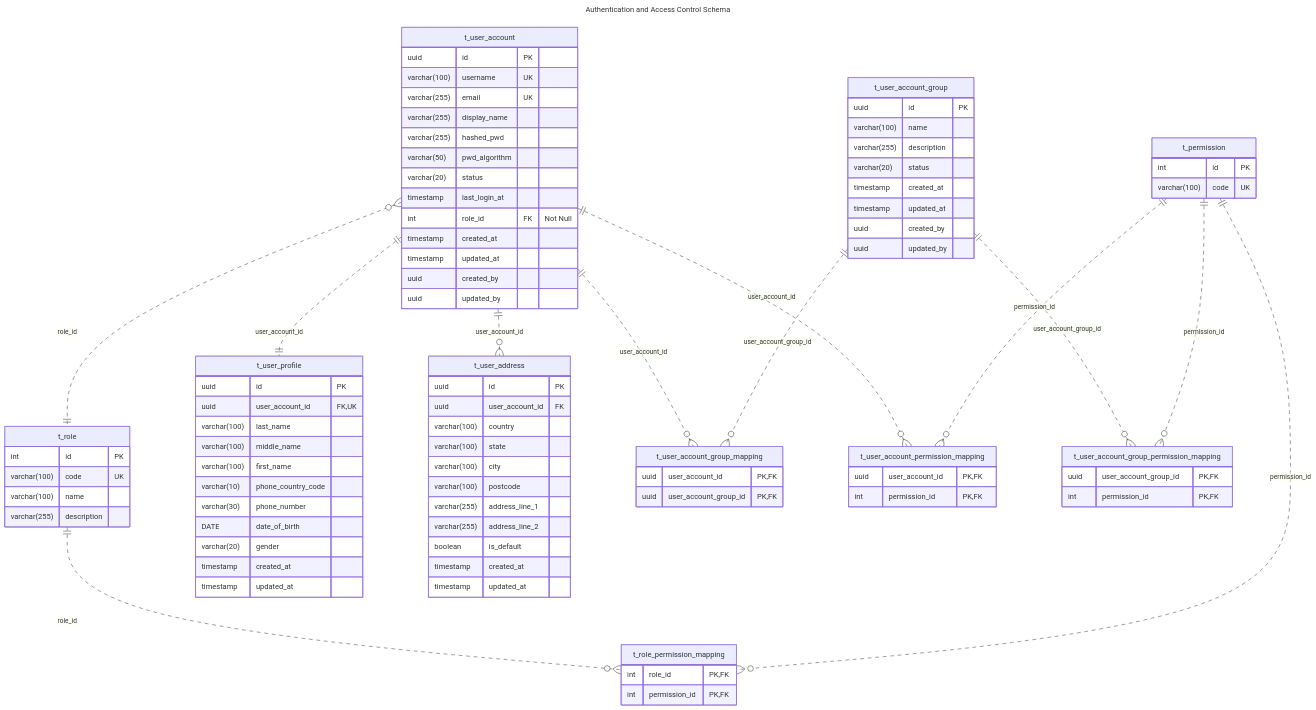
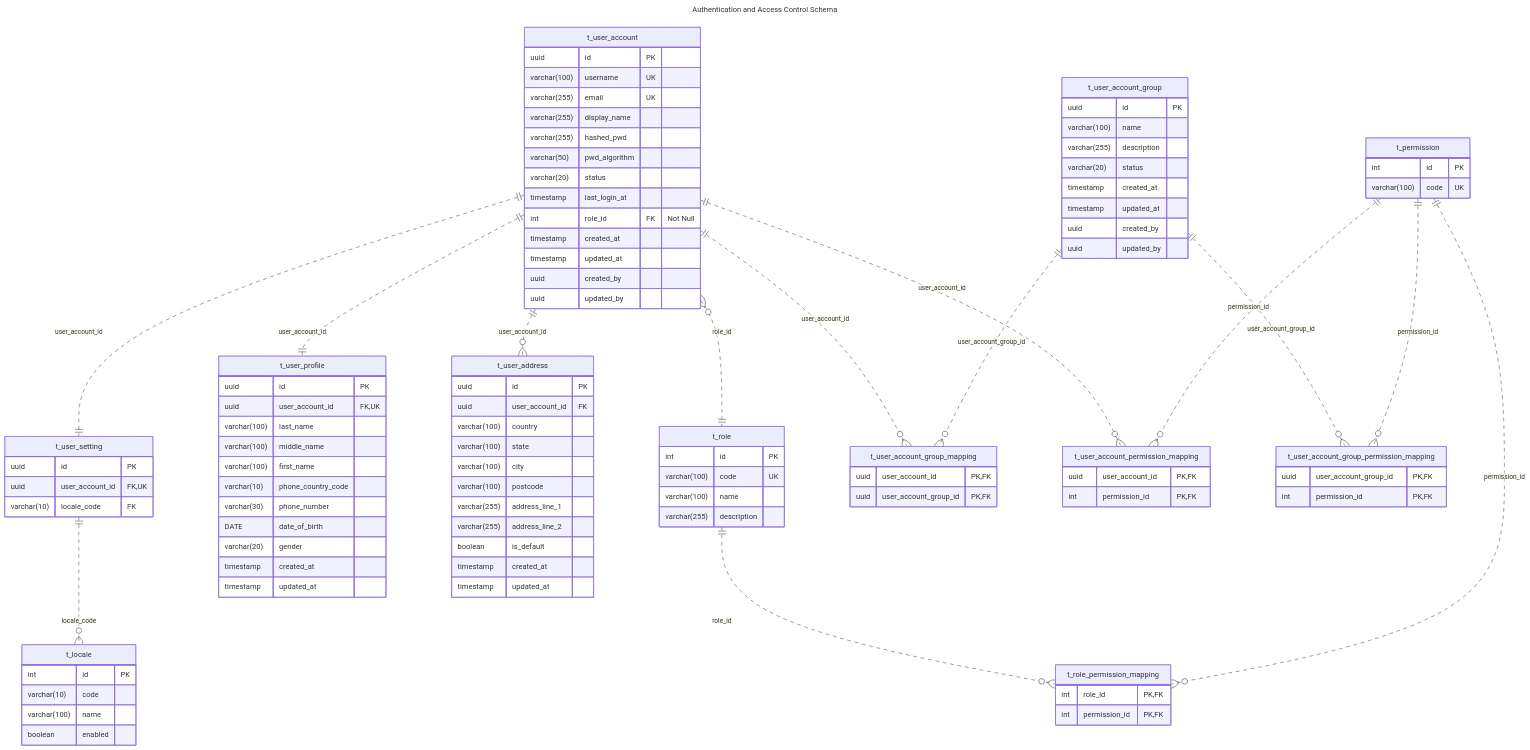
Before and after one commit to va4815/stockflow-docs: the diagram in database/modules/authentication-erd.md, drawn with Mermaid.

Commit message:
docs: add user account locale table

```diff
--- a/database/modules/authentication-erd.md
+++ b/database/modules/authentication-erd.md
@@ -65,6 +65,21 @@
     }
     t_user_account ||..o{ t_user_address : user_account_id
 
+    t_user_setting {
+        uuid id PK
+        uuid user_account_id FK, UK
+        varchar(10) locale_code FK
+    }
+    t_user_account ||..|| t_user_setting : user_account_id
+    t_user_setting ||..o{ t_locale : locale_code
+
+    t_locale {
+        int id PK
+        varchar(10) code
+        varchar(100) name
+        boolean enabled
+    }
+
     t_user_account_group {
         uuid id PK
 
```
